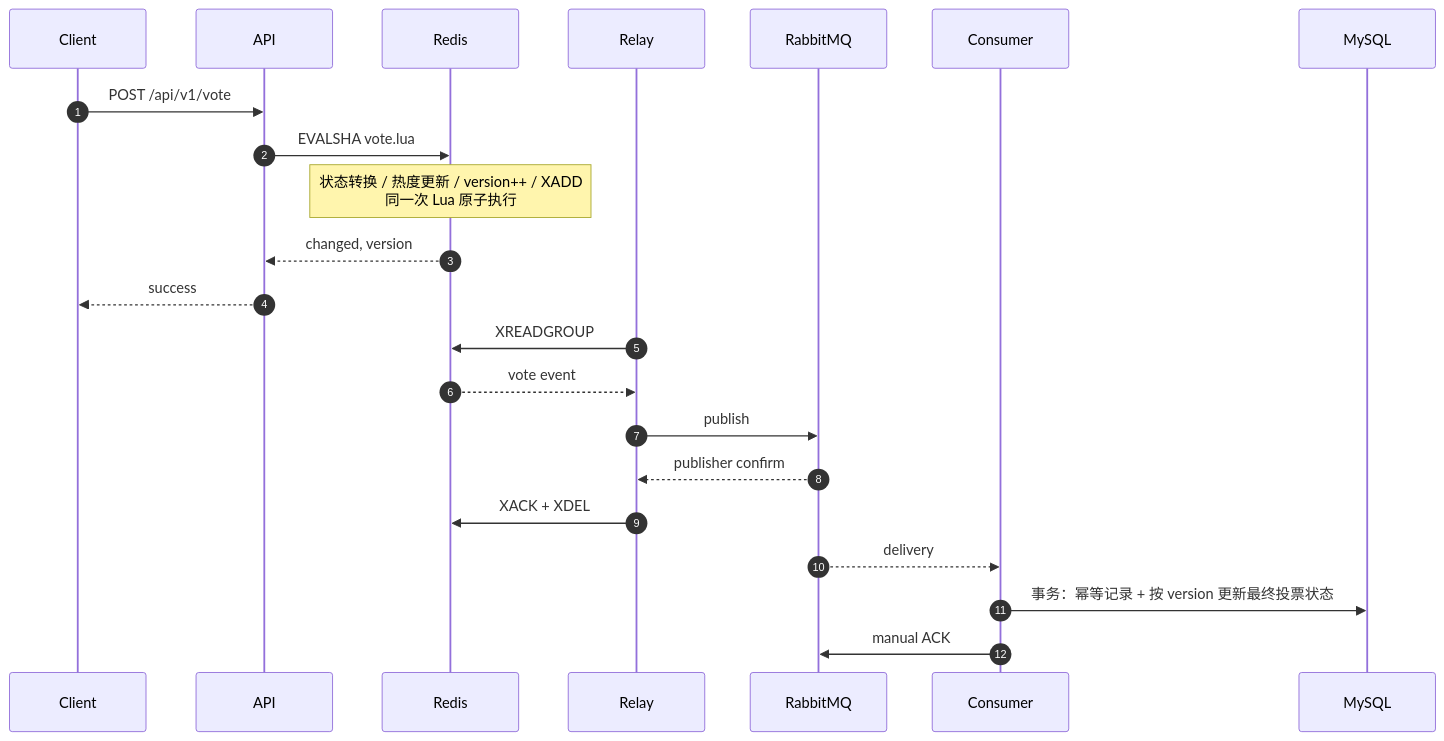
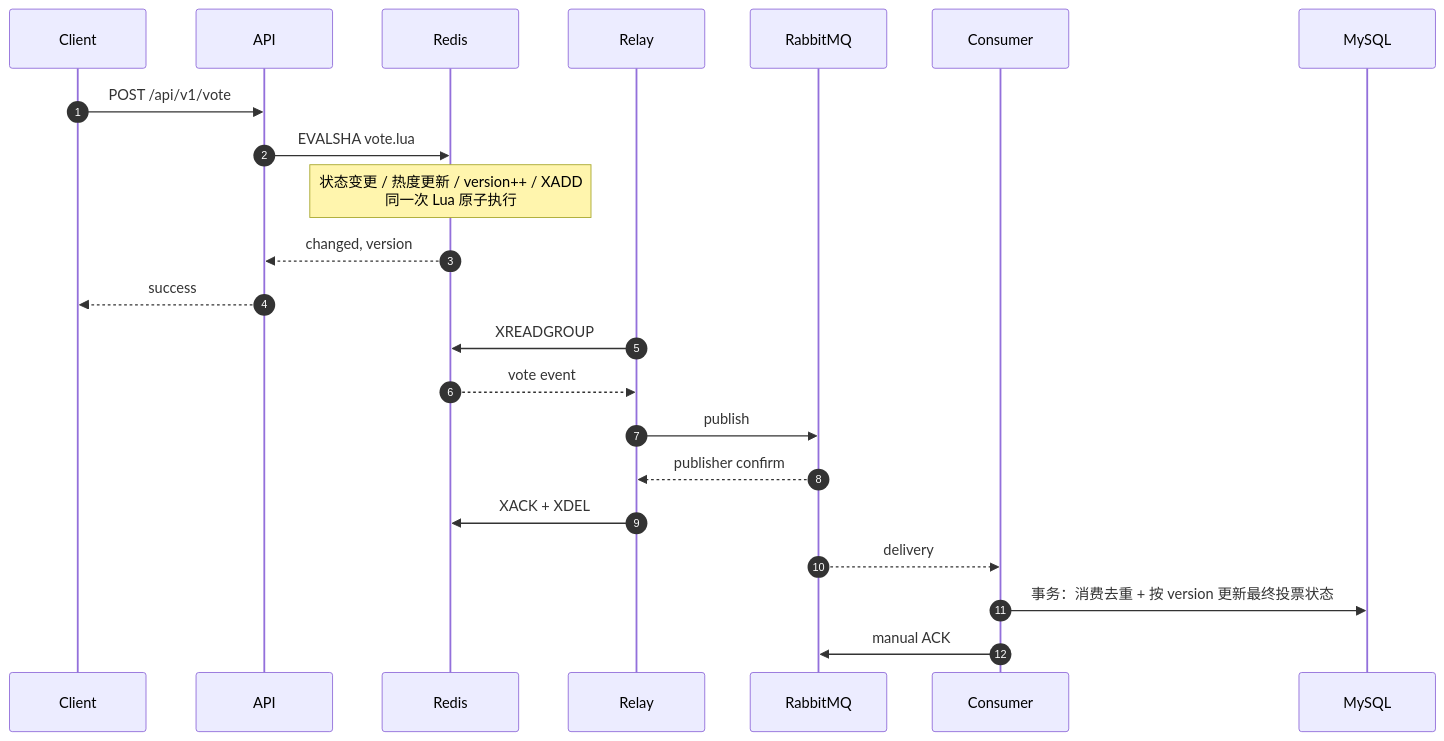
The second of 2 diagrams in README.md (scut2024hjt/convo), drawn with Mermaid before and after one commit. The commit also changed other lines of this file, not shown here.

````diff
--- a/README.md
+++ b/README.md
@@ -41,27 +43,27 @@
 ```mermaid
 sequenceDiagram
     autonumber
     participant C as Client
     participant A as API
     participant R as Redis
     participant Y as Relay
     participant Q as RabbitMQ
     participant W as Consumer
     participant M as MySQL
 
     C->>A: POST /api/v1/vote
     A->>R: EVALSHA vote.lua
-    Note over R: 状态转换 / 热度更新 / version++ / XADD<br/>同一次 Lua 原子执行
+    Note over R: 状态变更 / 热度更新 / version++ / XADD<br/>同一次 Lua 原子执行
     R-->>A: changed, version
     A-->>C: success
 
     Y->>R: XREADGROUP
     R-->>Y: vote event
     Y->>Q: publish
     Q-->>Y: publisher confirm
     Y->>R: XACK + XDEL
 
     Q-->>W: delivery
-    W->>M: 事务：幂等记录 + 按 version 更新最终投票状态
+    W->>M: 事务：消费去重 + 按 version 更新最终投票状态
     W->>Q: manual ACK
 ```
````
